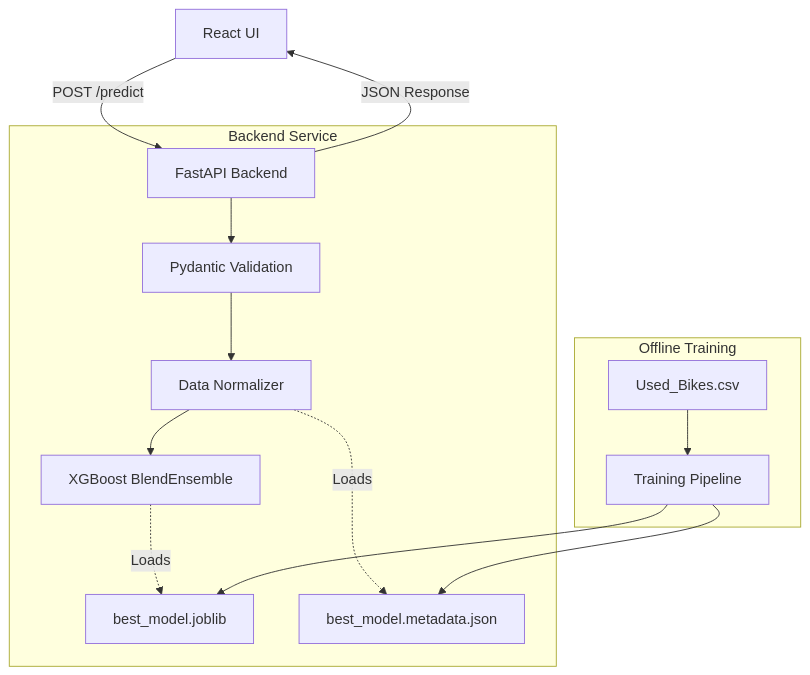
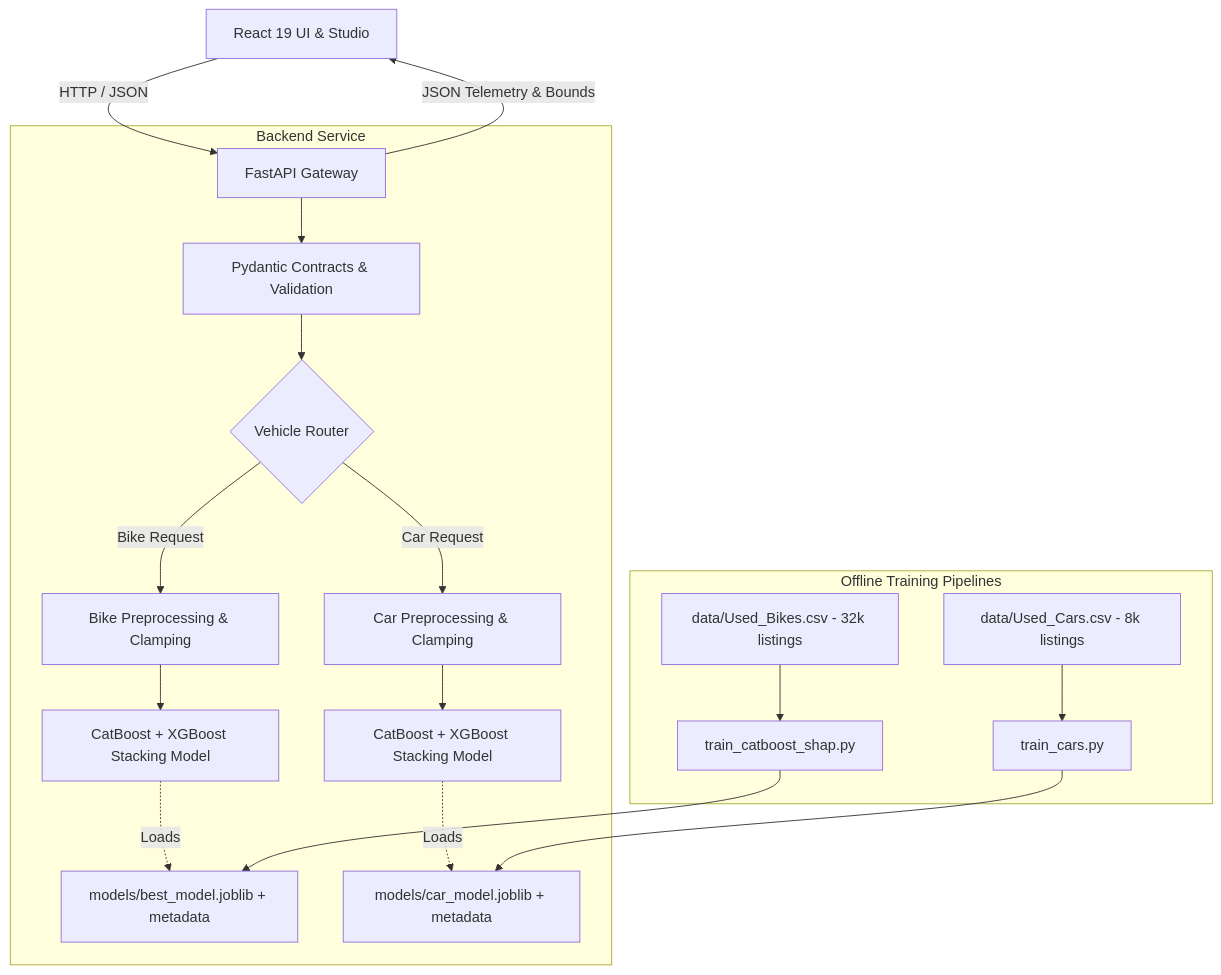
One commit to harshitthek/used-bike-price changed the diagram in architecture/system-overview.md. Above: the diagram before and after it, drawn with Mermaid. The commit also changed other lines of this file and 49 other files, not shown here.

````diff
--- a/architecture/system-overview.md
+++ b/architecture/system-overview.md
@@ -14,21 +14,26 @@
 ```mermaid
 graph TD
-    Client[React UI] -->|POST /predict| API[FastAPI Backend]
+    Client[React 19 UI & Studio] -->|HTTP / JSON| API[FastAPI Gateway]
     
     subgraph Backend Service
-        API --> Validator[Pydantic Validation]
-        Validator --> Normalizer[Data Normalizer]
-        Normalizer --> Model[XGBoost BlendEnsemble]
+        API --> Contracts[Pydantic Contracts & Validation]
+        Contracts --> Router{Vehicle Router}
+        Router -->|Bike Request| BikePipeline[Bike Preprocessing & Clamping]
+        Router -->|Car Request| CarPipeline[Car Preprocessing & Clamping]
         
-        Model -.->|Loads| Artifact1[best_model.joblib]
-        Normalizer -.->|Loads| Artifact2[best_model.metadata.json]
+        BikePipeline --> BikeStacker[CatBoost + XGBoost Stacking Model]
+        CarPipeline --> CarStacker[CatBoost + XGBoost Stacking Model]
+        
+        BikeStacker -.->|Loads| BikeArt[models/best_model.joblib + metadata]
+        CarStacker -.->|Loads| CarArt[models/car_model.joblib + metadata]
     end
     
-    subgraph Offline Training
-        Data[Used_Bikes.csv] --> Pipeline[Training Pipeline]
-        Pipeline --> Artifact1
-        Pipeline --> Artifact2
+    subgraph Offline Training Pipelines
+        BikeData[data/Used_Bikes.csv - 32k listings] --> TrainBikes[train_catboost_shap.py]
+        CarData[data/Used_Cars.csv - 8k listings] --> TrainCars[train_cars.py]
+        TrainBikes --> BikeArt
+        TrainCars --> CarArt
     end
     
-    API -->|JSON Response| Client
+    API -->|JSON Telemetry & Bounds| Client
 ```
````
